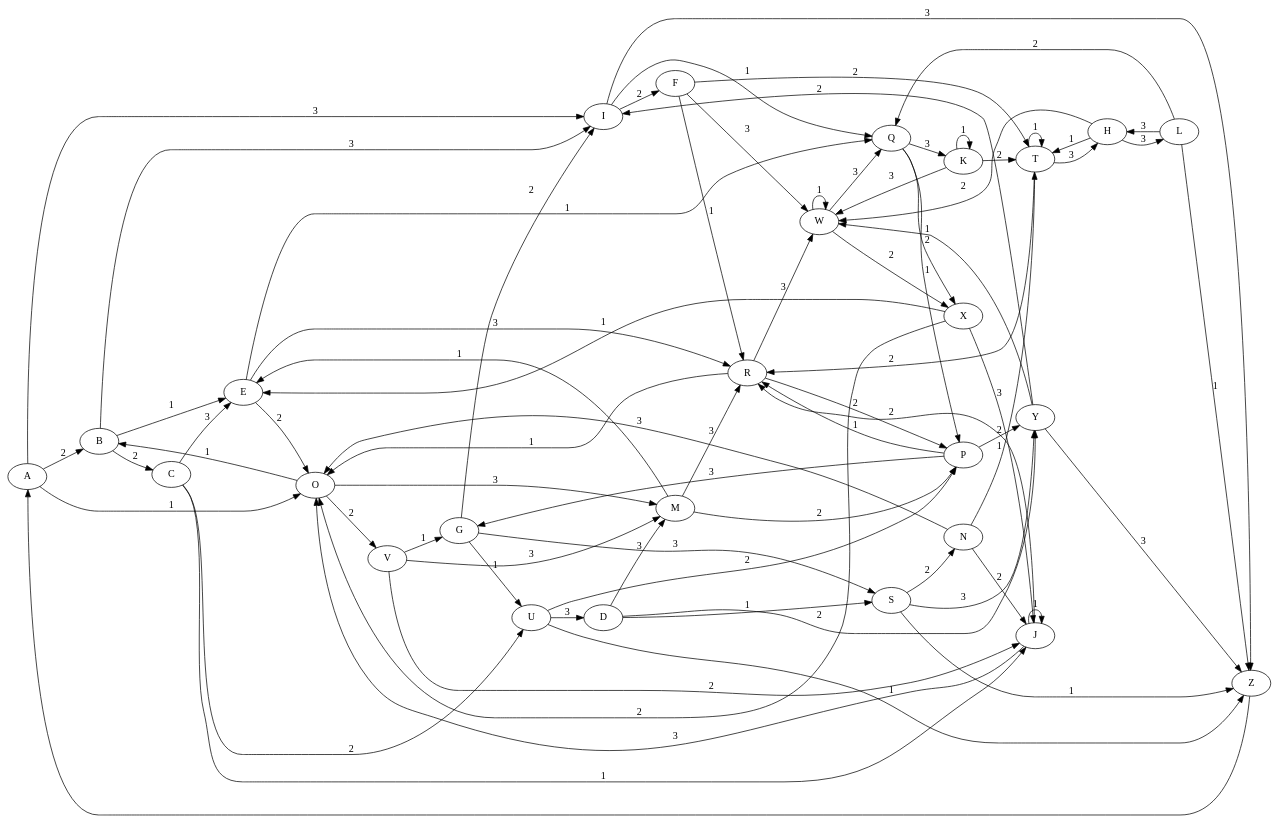
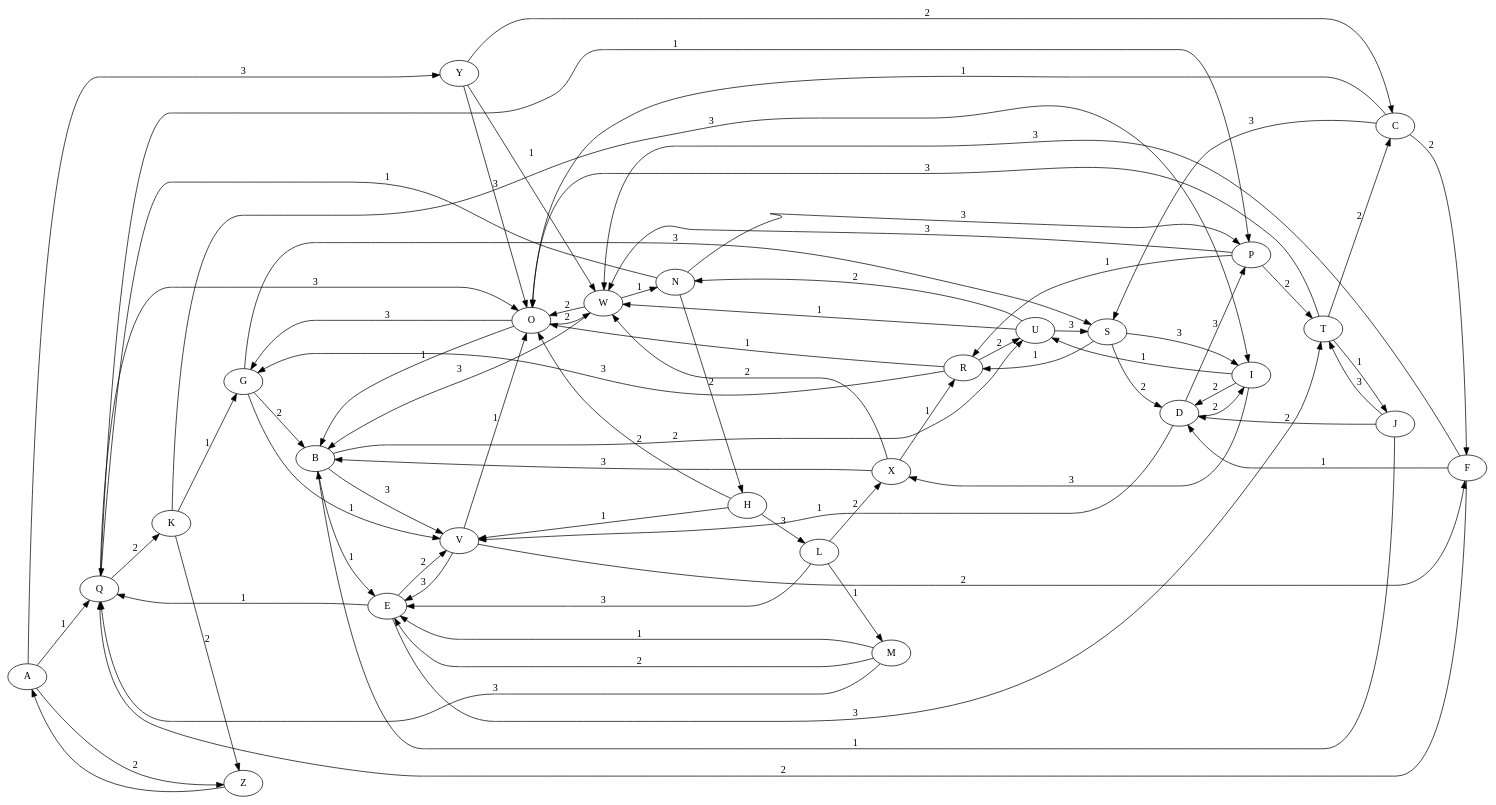
The diagram in state_machine_structure.gv (vishnu123r/State_machine_MEQ), drawn with Graphviz before and after one commit. The commit also changed 2 other files, not shown here.

```diff
--- a/state_machine_structure.gv
+++ b/state_machine_structure.gv
@@ -1,105 +1,105 @@
 digraph {
 	rankdir=LR
 	A
 	B
 	C
 	D
 	E
 	F
 	G
 	H
 	I
 	J
 	K
 	L
 	M
 	N
 	O
 	P
 	Q
 	R
 	S
 	T
 	U
 	V
 	W
 	X
 	Y
 	Z
-	A -> B [label=2]
-	A -> I [label=3]
-	A -> O [label=1]
+	A -> Y [label=3]
+	A -> Z [label=2]
+	A -> Q [label=1]
 	B -> E [label=1]
-	B -> I [label=3]
-	B -> C [label=2]
-	C -> J [label=1]
-	C -> E [label=3]
-	C -> U [label=2]
-	D -> Y [label=2]
-	D -> M [label=3]
-	D -> S [label=1]
-	E -> R [label=3]
+	B -> V [label=3]
+	B -> U [label=2]
+	C -> F [label=2]
+	C -> S [label=3]
+	C -> O [label=1]
+	D -> P [label=3]
+	D -> V [label=1]
+	D -> I [label=2]
 	E -> Q [label=1]
-	E -> O [label=2]
-	F -> R [label=1]
-	F -> T [label=2]
+	E -> T [label=3]
+	E -> V [label=2]
+	F -> Q [label=2]
 	F -> W [label=3]
-	G -> I [label=2]
-	G -> U [label=1]
+	F -> D [label=1]
+	G -> V [label=1]
 	G -> S [label=3]
-	H -> W [label=2]
-	H -> T [label=1]
+	G -> B [label=2]
 	H -> L [label=3]
-	I -> Q [label=1]
-	I -> Z [label=3]
-	I -> F [label=2]
-	J -> J [label=1]
-	J -> O [label=3]
-	J -> R [label=2]
-	K -> W [label=3]
-	K -> T [label=2]
-	K -> K [label=1]
-	L -> Z [label=1]
-	L -> H [label=3]
-	L -> Q [label=2]
-	M -> R [label=3]
+	H -> V [label=1]
+	H -> O [label=2]
+	I -> D [label=2]
+	I -> X [label=3]
+	I -> U [label=1]
+	J -> T [label=3]
+	J -> D [label=2]
+	J -> B [label=1]
+	K -> I [label=3]
+	K -> Z [label=2]
+	K -> G [label=1]
+	L -> X [label=2]
+	L -> M [label=1]
+	L -> E [label=3]
+	M -> E [label=2]
+	M -> Q [label=3]
 	M -> E [label=1]
-	M -> P [label=2]
-	N -> T [label=1]
-	N -> O [label=3]
-	N -> J [label=2]
-	O -> V [label=2]
+	N -> Q [label=1]
+	N -> P [label=3]
+	N -> H [label=2]
+	O -> G [label=3]
 	O -> B [label=1]
-	O -> M [label=3]
-	P -> Y [label=2]
-	P -> G [label=3]
+	O -> W [label=2]
+	P -> W [label=3]
+	P -> T [label=2]
 	P -> R [label=1]
+	Q -> O [label=3]
+	Q -> K [label=2]
 	Q -> P [label=1]
-	Q -> K [label=3]
-	Q -> X [label=2]
-	R -> W [label=3]
-	R -> P [label=2]
+	R -> G [label=3]
 	R -> O [label=1]
-	S -> Y [label=3]
-	S -> Z [label=1]
-	S -> N [label=2]
-	T -> H [label=3]
-	T -> T [label=1]
-	T -> R [label=2]
-	U -> D [label=3]
-	U -> P [label=2]
-	U -> Z [label=1]
-	V -> M [label=3]
-	V -> G [label=1]
-	V -> J [label=2]
-	W -> Q [label=3]
-	W -> X [label=2]
-	W -> W [label=1]
-	X -> E [label=1]
-	X -> J [label=3]
-	X -> O [label=2]
-	Y -> Z [label=3]
+	R -> U [label=2]
+	S -> D [label=2]
+	S -> I [label=3]
+	S -> R [label=1]
+	T -> O [label=3]
+	T -> J [label=1]
+	T -> C [label=2]
+	U -> W [label=1]
+	U -> S [label=3]
+	U -> N [label=2]
+	V -> O [label=1]
+	V -> E [label=3]
+	V -> F [label=2]
+	W -> N [label=1]
+	W -> B [label=3]
+	W -> O [label=2]
+	X -> B [label=3]
+	X -> R [label=1]
+	X -> W [label=2]
+	Y -> O [label=3]
+	Y -> C [label=2]
 	Y -> W [label=1]
-	Y -> I [label=2]
 	Z -> A [label=""]
 }
```
